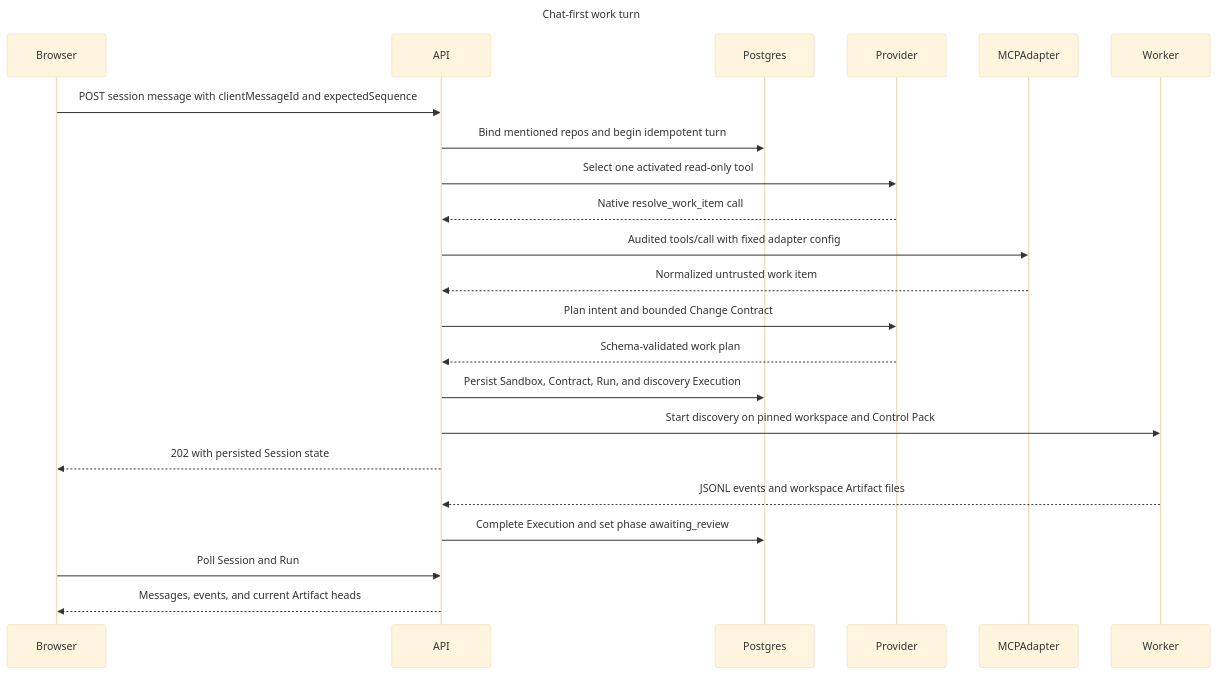
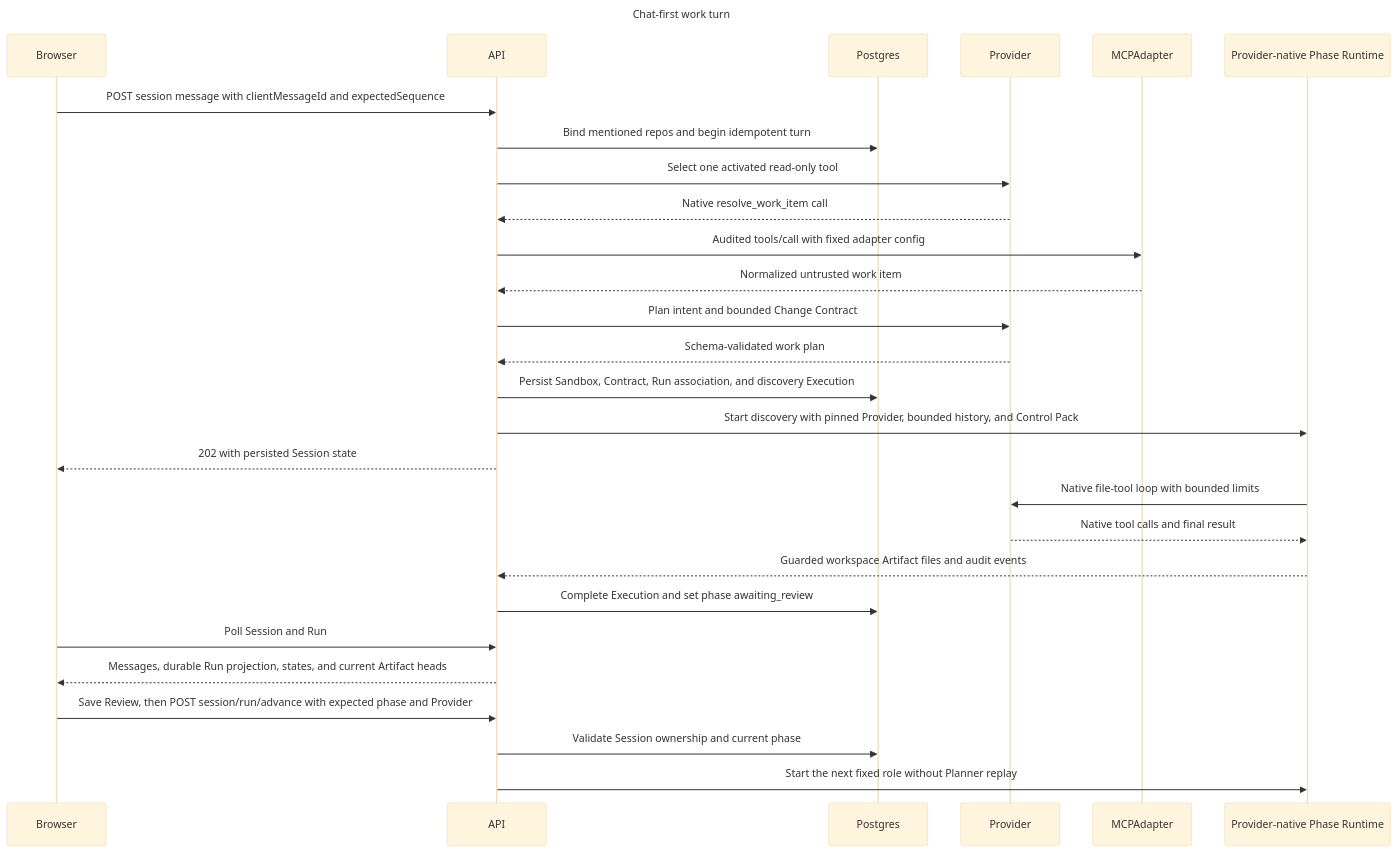
One commit to davych/agents-instruction changed the second of 3 diagrams in platform/docs/technical-design/README.md. Above: the diagram before and after it, drawn with Mermaid (base theme). The commit also changed other lines of this file and 82 other files, not shown here.

````diff
--- a/platform/docs/technical-design/README.md
+++ b/platform/docs/technical-design/README.md
@@ -104,26 +109,31 @@
 ```mermaid
 sequenceDiagram
     title Chat-first work turn
     participant Browser
     participant API
     participant Postgres
     participant Provider
     participant MCPAdapter
-    participant Worker
+    participant PhaseRuntime as Provider-native Phase Runtime
 
     Browser->>API: POST session message with clientMessageId and expectedSequence
     API->>Postgres: Bind mentioned repos and begin idempotent turn
     API->>Provider: Select one activated read-only tool
     Provider-->>API: Native resolve_work_item call
     API->>MCPAdapter: Audited tools/call with fixed adapter config
     MCPAdapter-->>API: Normalized untrusted work item
     API->>Provider: Plan intent and bounded Change Contract
     Provider-->>API: Schema-validated work plan
-    API->>Postgres: Persist Sandbox, Contract, Run, and discovery Execution
-    API->>Worker: Start discovery on pinned workspace and Control Pack
+    API->>Postgres: Persist Sandbox, Contract, Run association, and discovery Execution
+    API->>PhaseRuntime: Start discovery with pinned Provider, bounded history, and Control Pack
     API-->>Browser: 202 with persisted Session state
-    Worker-->>API: JSONL events and workspace Artifact files
+    PhaseRuntime->>Provider: Native file-tool loop with bounded limits
+    Provider-->>PhaseRuntime: Native tool calls and final result
+    PhaseRuntime-->>API: Guarded workspace Artifact files and audit events
     API->>Postgres: Complete Execution and set phase awaiting_review
     Browser->>API: Poll Session and Run
-    API-->>Browser: Messages, events, and current Artifact heads
+    API-->>Browser: Messages, durable Run projection, states, and current Artifact heads
+    Browser->>API: Save Review, then POST session/run/advance with expected phase and Provider
+    API->>Postgres: Validate Session ownership and current phase
+    API->>PhaseRuntime: Start the next fixed role without Planner replay
 ```
````
